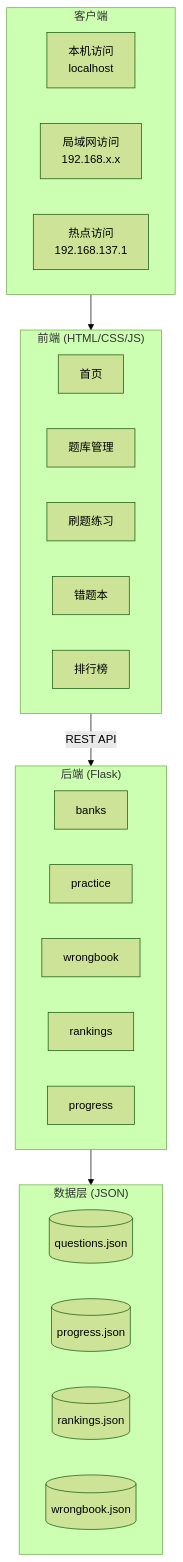
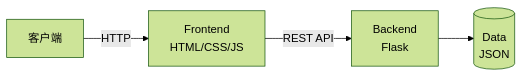
Before and after one commit to jialanhu0915/dhu-Redlesson-Questionbank: the diagram in README.md, drawn with Mermaid (forest theme). The commit also changed other lines of this file and 4 other files, not shown here.

````diff
--- a/README.md
+++ b/README.md
@@ -18,35 +18,6 @@
 ```mermaid
-flowchart TB
-    subgraph Client["客户端"]
-        A1["本机访问<br/>localhost"]
-        A2["局域网访问<br/>192.168.x.x"]
-        A3["热点访问<br/>192.168.137.1"]
-    end
-
-    subgraph Frontend["前端 (HTML/CSS/JS)"]
-        F1[首页]
-        F2[题库管理]
-        F3[刷题练习]
-        F4[错题本]
-        F5[排行榜]
-    end
-
-    subgraph Backend["后端 (Flask)"]
-        B1[banks]
-        B2[practice]
-        B3[wrongbook]
-        B4[rankings]
-        B5[progress]
-    end
-
-    subgraph Data["数据层 (JSON)"]
-        D1[(questions.json)]
-        D2[(progress.json)]
-        D3[(rankings.json)]
-        D4[(wrongbook.json)]
-    end
-
-    Client --> Frontend
-    Frontend -->|REST API| Backend
-    Backend --> Data
+flowchart LR
+    A[客户端] -->|HTTP| B[Frontend<br/>HTML/CSS/JS]
+    B -->|REST API| C[Backend<br/>Flask]
+    C --> D[(Data<br/>JSON)]
 ```
````
